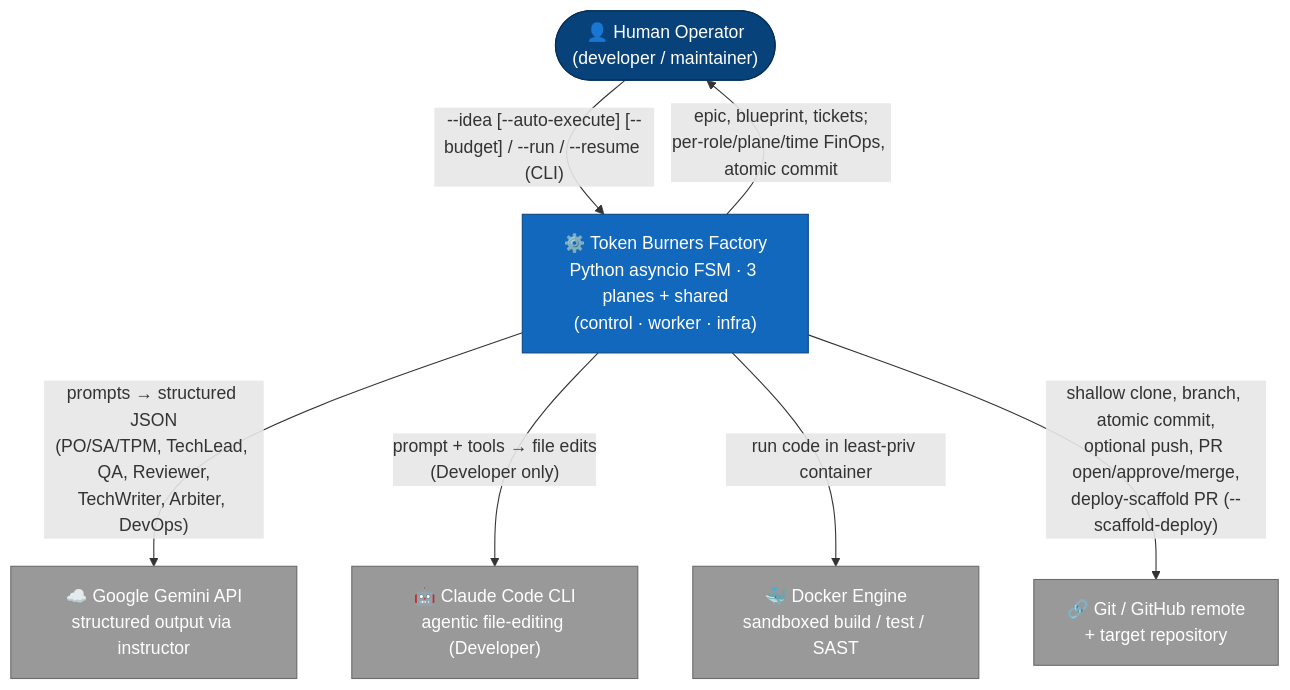
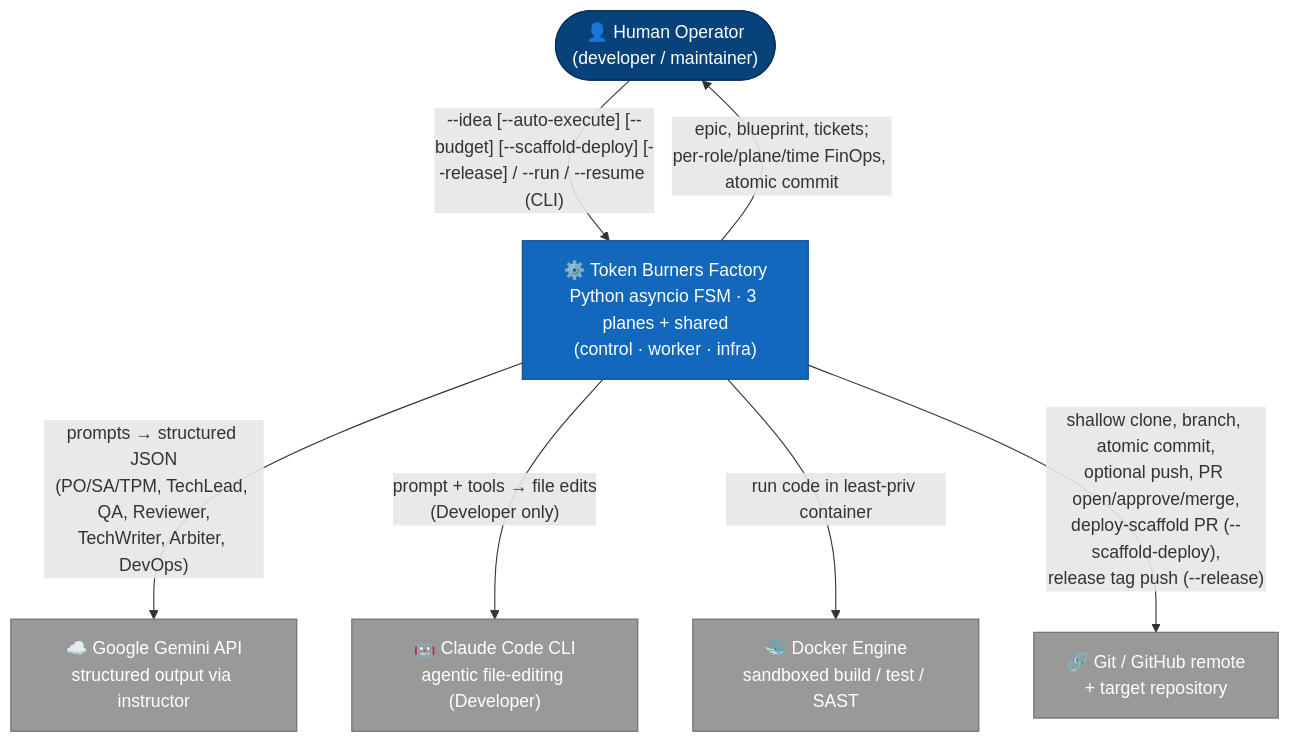
One commit to pavel-shyrko/async-agentic-sdlc changed the first of 5 diagrams in docs/ARCHITECTURE.md. Above: the diagram before and after it, drawn with Mermaid. The commit also changed other lines of this file and 22 other files, not shown here.

````diff
--- a/docs/ARCHITECTURE.md
+++ b/docs/ARCHITECTURE.md
@@ -22,26 +22,26 @@
 ```mermaid
 flowchart TB
     human(["👤 Human Operator<br/>(developer / maintainer)"])
 
     engine["⚙️ Token Burners Factory<br/>Python asyncio FSM · 3 planes + shared<br/>(control · worker · infra)"]
 
     gemini["☁️ Google Gemini API<br/>structured output via instructor"]
     claude["🤖 Claude Code CLI<br/>agentic file-editing (Developer)"]
     docker["🐳 Docker Engine<br/>sandboxed build / test / SAST"]
     github["🔗 Git / GitHub remote<br/>+ target repository"]
 
-    human -->|"--idea [--auto-execute] [--budget] / --run / --resume (CLI)"| engine
+    human -->|"--idea [--auto-execute] [--budget] [--scaffold-deploy] [--release] / --run / --resume (CLI)"| engine
     engine -->|"epic, blueprint, tickets;<br/>per-role/plane/time FinOps, atomic commit"| human
 
     engine -->|"prompts → structured JSON<br/>(PO/SA/TPM, TechLead, QA, Reviewer,<br/>TechWriter, Arbiter, DevOps)"| gemini
     engine -->|"prompt + tools → file edits<br/>(Developer only)"| claude
     engine -->|"run code in least-priv container"| docker
-    engine -->|"shallow clone, branch, atomic commit,<br/>optional push, PR open/approve/merge,<br/>deploy-scaffold PR (--scaffold-deploy)"| github
+    engine -->|"shallow clone, branch, atomic commit,<br/>optional push, PR open/approve/merge,<br/>deploy-scaffold PR (--scaffold-deploy),<br/>release tag push (--release)"| github
 
     classDef sys fill:#1168bd,stroke:#0b4884,color:#fff;
     classDef ext fill:#999,stroke:#6b6b6b,color:#fff;
     classDef person fill:#08427b,stroke:#052e56,color:#fff;
     class engine sys;
     class gemini,claude,docker,github ext;
     class human person;
 ```
````
